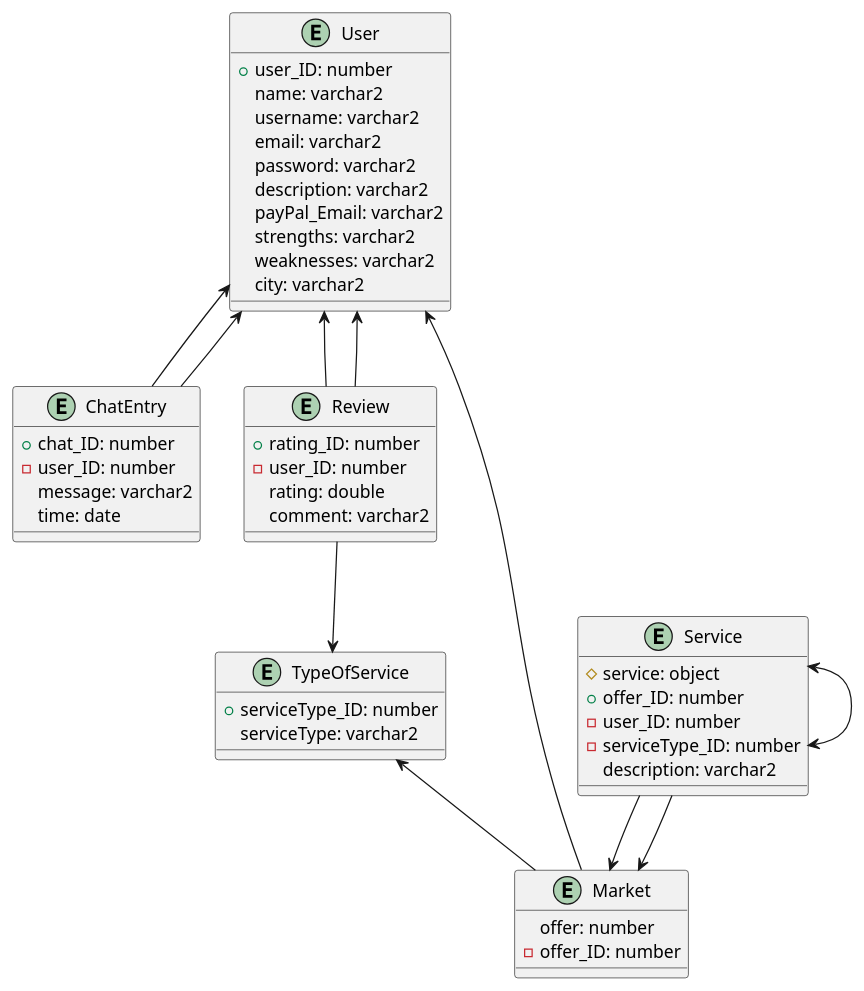
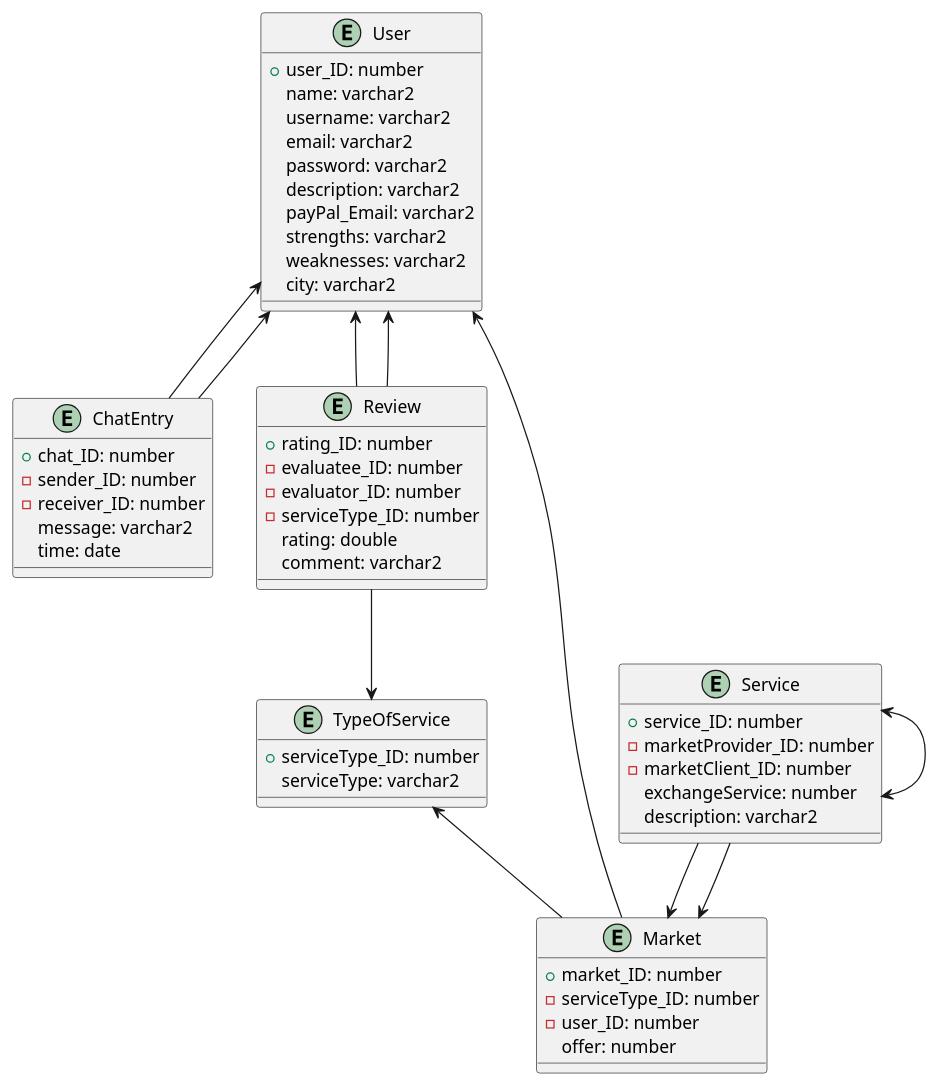
One commit to 2425-4chif-syp/01-projekte-d4d changed the third of 3 diagrams in documenation/Project_Description.adoc. Above: the diagram before and after it, drawn with PlantUML.

Commit message:
docs: Correct ERD #d4d-24

```diff
--- a/documenation/Project_Description.adoc
+++ b/documenation/Project_Description.adoc
@@ -117,60 +117,65 @@
 ["plantuml"]
 ----
 @startuml
 entity "User" as User {
 +user_ID: number
 name: varchar2
 username: varchar2
 email: varchar2
 password: varchar2
 description: varchar2
 payPal_Email: varchar2
 strengths: varchar2
 weaknesses: varchar2
 city: varchar2
 }
 
 entity "TypeOfService" as TypeOfService {
 +serviceType_ID: number
 serviceType: varchar2
 }
 
 entity "Service" as Service {
-#service: object
-+offer_ID: number
--user_ID: number
--serviceType_ID: number
++service_ID: number
+-marketProvider_ID: number
+-marketClient_ID: number
+exchangeService: number
 description: varchar2
 }
 
 entity "Market" as Market {
++market_ID: number
+-serviceType_ID: number
+-user_ID: number
 offer: number
--offer_ID: number
 }
 
 entity "ChatEntry" as ChatEntry {
 +chat_ID: number
--user_ID: number
+-sender_ID: number
+-receiver_ID: number
 message: varchar2
 time: date
 }
 
 entity "Review" as Review {
 +rating_ID: number
--user_ID: number
+-evaluatee_ID: number
+-evaluator_ID: number
+-serviceType_ID: number
 rating: double
 comment: varchar2
 }
 
 User <-- ChatEntry
 User <-- Review
 User <-- Review
 Review --> TypeOfService
 ChatEntry --> User
 TypeOfService <-- Market
 Service --> Market
 Service --> Market
 Service <--> Service
 Market --> User
 @enduml
 ----
```
